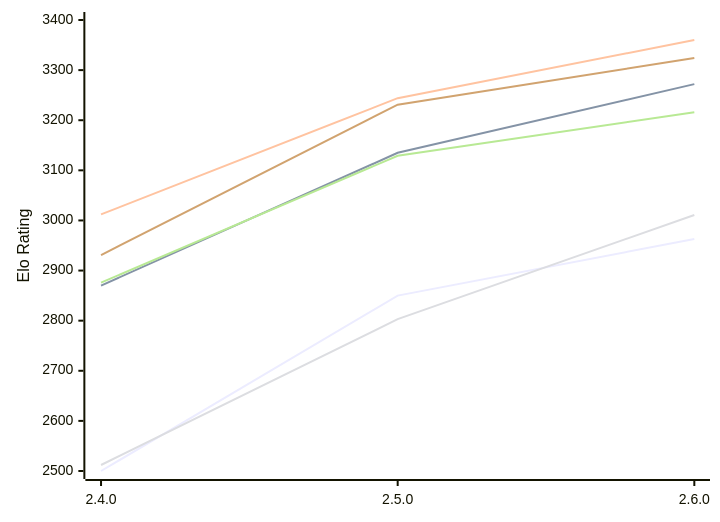
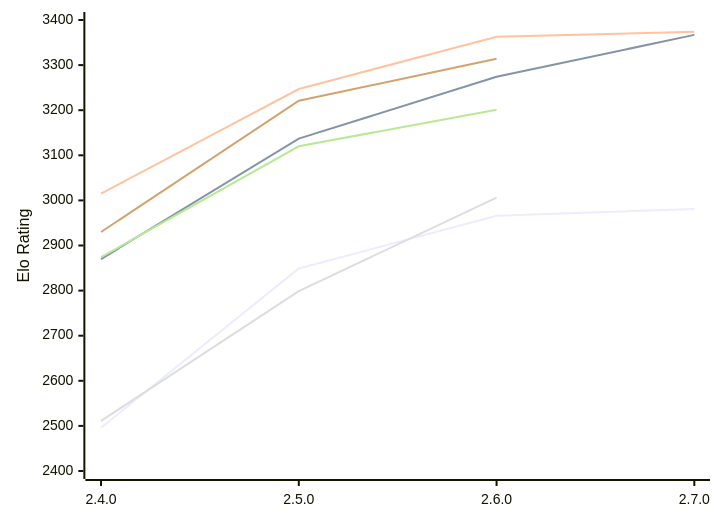
The diagram in engines/Rarog.md (computer-chess-index/cci), drawn with Mermaid before and after one commit. The commit also changed other lines of this file, not shown here.

Commit message:
Update CCI Ratings (ELO VLTC) - 2026-11-15

````diff
--- a/engines/Rarog.md
+++ b/engines/Rarog.md
@@ -51,12 +52,12 @@
 ```mermaid
 %%{init: {"theme":"base","themeVariables":{"seriesColors:['#a3a3a3','#222221','#faa371']}}}%%
 xychart-beta
-  x-axis ["2.4.0", "2.5.0", "2.6.0"]
-  y-axis "Elo Rating" 2500 --> 3400
-  line "E1: STC (8.0+0.08s)" [2500, 2850, 2963]
-  line "E1: LTC (60.0+0.60s)" [2870, 3135, 3272]
-  line "E1: VLTC (2m24s+1.12s)" [3012, 3244, 3360]
-  line "P1: STC (8.0+0.08s)" [2512, 2803, 3011]
-  line "P1: LTC (60.0+0.60s)" [2876, 3129, 3216]
-  line "P1: VLTC (2m24s+1.12s)" [2931, 3231, 3324]
+  x-axis ["2.4.0", "2.5.0", "2.6.0", "2.7.0"]
+  y-axis "Elo Rating" 2400 --> 3400
+  line "E1: STC (8.0+0.08s)" [2496, 2849, 2966, 2981]
+  line "E1: LTC (60.0+0.60s)" [2870, 3137, 3274, 3367]
+  line "E1: VLTC (2m24s+1.12s)" [3015, 3247, 3363, 3374]
+  line "P1: STC (8.0+0.08s)" [2511, 2799, 3006]
+  line "P1: LTC (60.0+0.60s)" [2874, 3120, 3201]
+  line "P1: VLTC (2m24s+1.12s)" [2930, 3221, 3314]
 ```
````
